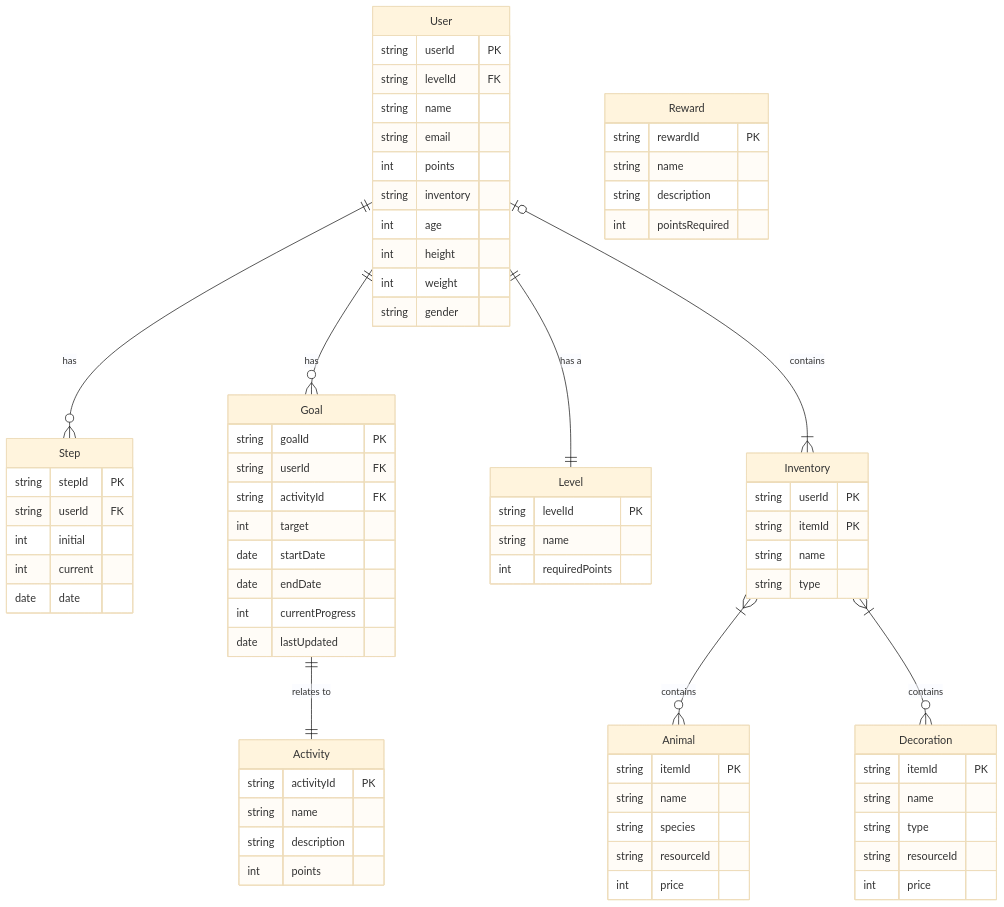
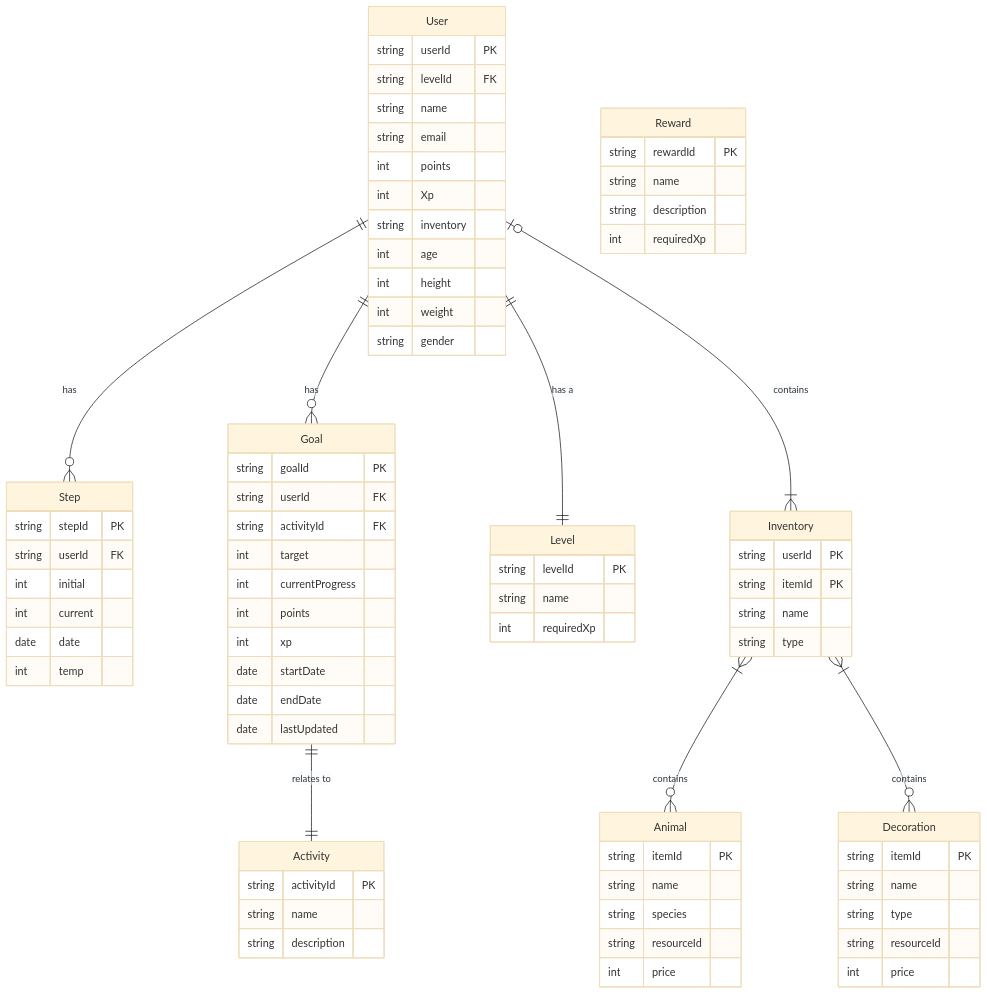
Before and after one commit to PVP-K409/fit-flow-docs: the diagram in database/SCHEMA.md, drawn with Mermaid (base theme).

Commit message:
Update SCHEMA.md
updated schema

```diff
--- a/database/SCHEMA.md
+++ b/database/SCHEMA.md
@@ -8,6 +8,7 @@
         string name
         string email
         int points
+        int Xp
         string inventory
         int age
         int height
@@ -21,13 +22,13 @@
         int initial 
         int current
         date date
+        int temp
     }
 
     Activity {
         string activityId PK
         string name
         string description
-        int points
     }
 
     Goal {
@@ -35,16 +36,18 @@
         string userId FK
         string activityId FK
         int target
+        int currentProgress
+        int points
+        int xp
         date startDate
         date endDate
-        int currentProgress
         date lastUpdated
     }
 
     Level {
         string levelId PK
         string name
-        int requiredPoints
+        int requiredXp
     }
 
     Inventory {
@@ -74,7 +77,7 @@
         string rewardId PK
         string name
         string description
-        int pointsRequired
+        int requiredXp
     }
 
     User ||--o{ Goal : "has"
```
